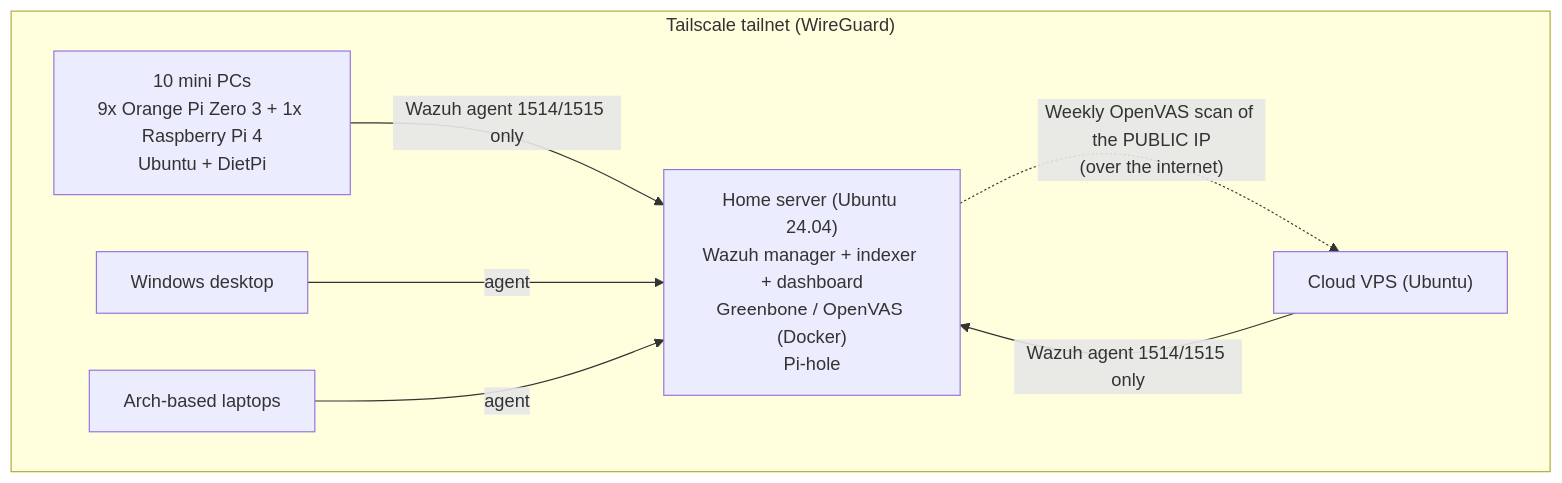
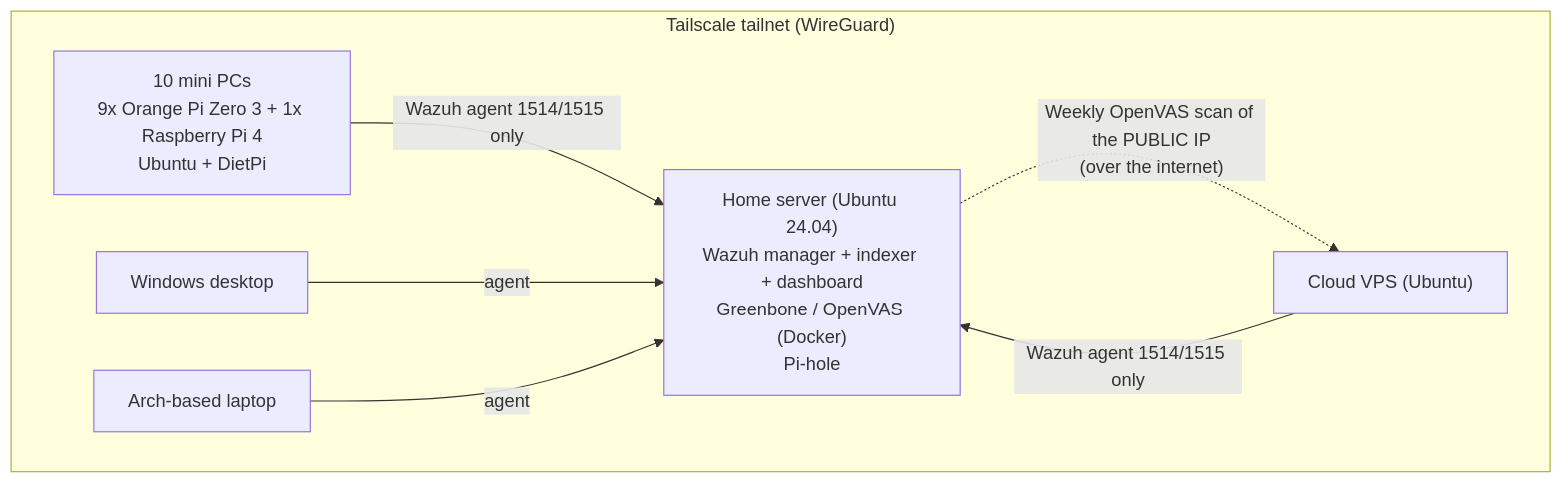
The diagram in README.md (Yel1oww/homelab-soc), drawn with Mermaid before and after one commit.

````diff
--- a/README.md
+++ b/README.md
@@ -14,16 +14,16 @@
 ```mermaid
 flowchart LR
     subgraph Tailnet["Tailscale tailnet (WireGuard)"]
         direction LR
         X["Home server (Ubuntu 24.04)<br/>Wazuh manager + indexer + dashboard<br/>Greenbone / OpenVAS (Docker)<br/>Pi-hole"]
         M["10 mini PCs<br/>9x Orange Pi Zero 3 + 1x Raspberry Pi 4<br/>Ubuntu + DietPi"]
         V["Cloud VPS (Ubuntu)"]
         W["Windows desktop"]
-        L["Arch-based laptops"]
+        L["Arch-based laptop"]
     end
     M -- "Wazuh agent 1514/1515 only" --> X
     V -- "Wazuh agent 1514/1515 only" --> X
     W -- agent --> X
     L -- agent --> X
     X -. "Weekly OpenVAS scan of the PUBLIC IP<br/>(over the internet)" .-> V
 ```
````
